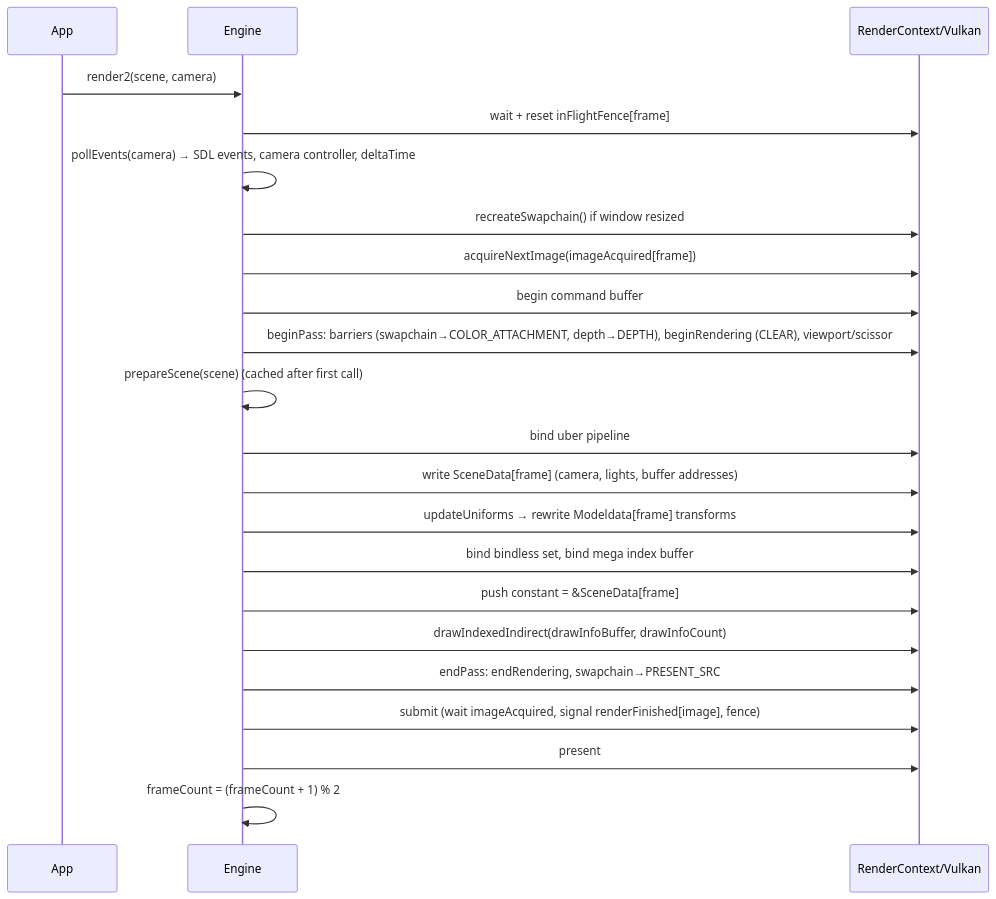
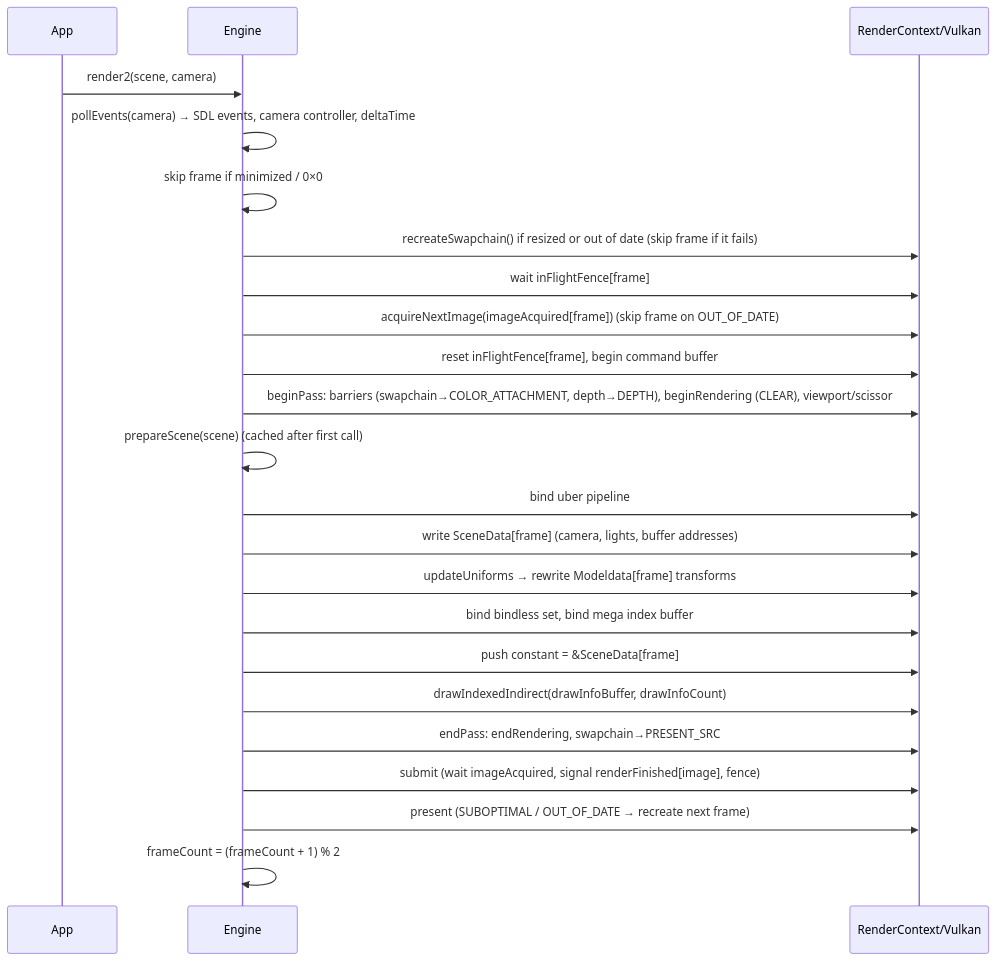
Before and after one commit to adel-elmala/rasm: the second of 3 diagrams in docs/architecture.md, drawn with Mermaid. The commit also changed other lines of this file and 12 other files, not shown here.

First line of the commit message:
Fix: swapchain aquire present (#17)

````diff
--- a/docs/architecture.md
+++ b/docs/architecture.md
@@ -77,24 +77,25 @@
 ```mermaid
 sequenceDiagram
     participant App
     participant E as Engine
     participant C as RenderContext/Vulkan
     App->>E: render2(scene, camera)
-    E->>C: wait + reset inFlightFence[frame]
     E->>E: pollEvents(camera) → SDL events, camera controller, deltaTime
-    E->>C: recreateSwapchain() if window resized
-    E->>C: acquireNextImage(imageAcquired[frame])
-    E->>C: begin command buffer
+    E->>E: skip frame if minimized / 0×0
+    E->>C: recreateSwapchain() if resized or out of date (skip frame if it fails)
+    E->>C: wait inFlightFence[frame]
+    E->>C: acquireNextImage(imageAcquired[frame]) (skip frame on OUT_OF_DATE)
+    E->>C: reset inFlightFence[frame], begin command buffer
     E->>C: beginPass: barriers (swapchain→COLOR_ATTACHMENT, depth→DEPTH), beginRendering (CLEAR), viewport/scissor
     E->>E: prepareScene(scene) (cached after first call)
     E->>C: bind uber pipeline
     E->>C: write SceneData[frame] (camera, lights, buffer addresses)
     E->>C: updateUniforms → rewrite Modeldata[frame] transforms
     E->>C: bind bindless set, bind mega index buffer
     E->>C: push constant = &SceneData[frame]
     E->>C: drawIndexedIndirect(drawInfoBuffer, drawInfoCount)
     E->>C: endPass: endRendering, swapchain→PRESENT_SRC
     E->>C: submit (wait imageAcquired, signal renderFinished[image], fence)
-    E->>C: present
+    E->>C: present (SUBOPTIMAL / OUT_OF_DATE → recreate next frame)
     E->>E: frameCount = (frameCount + 1) % 2
 ```
````
